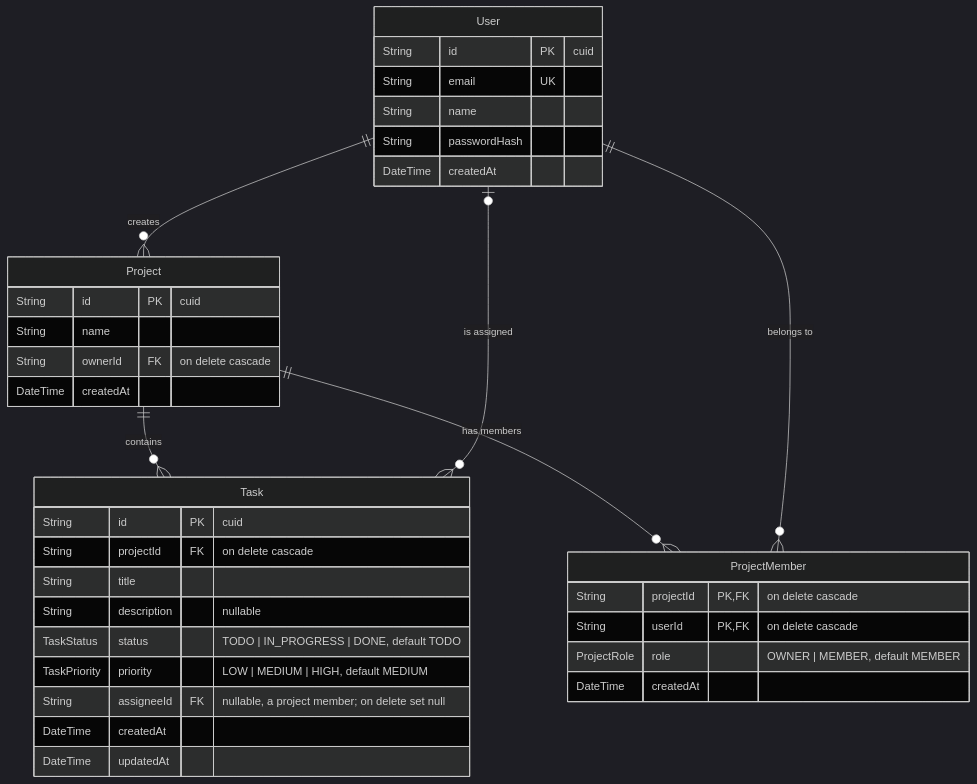
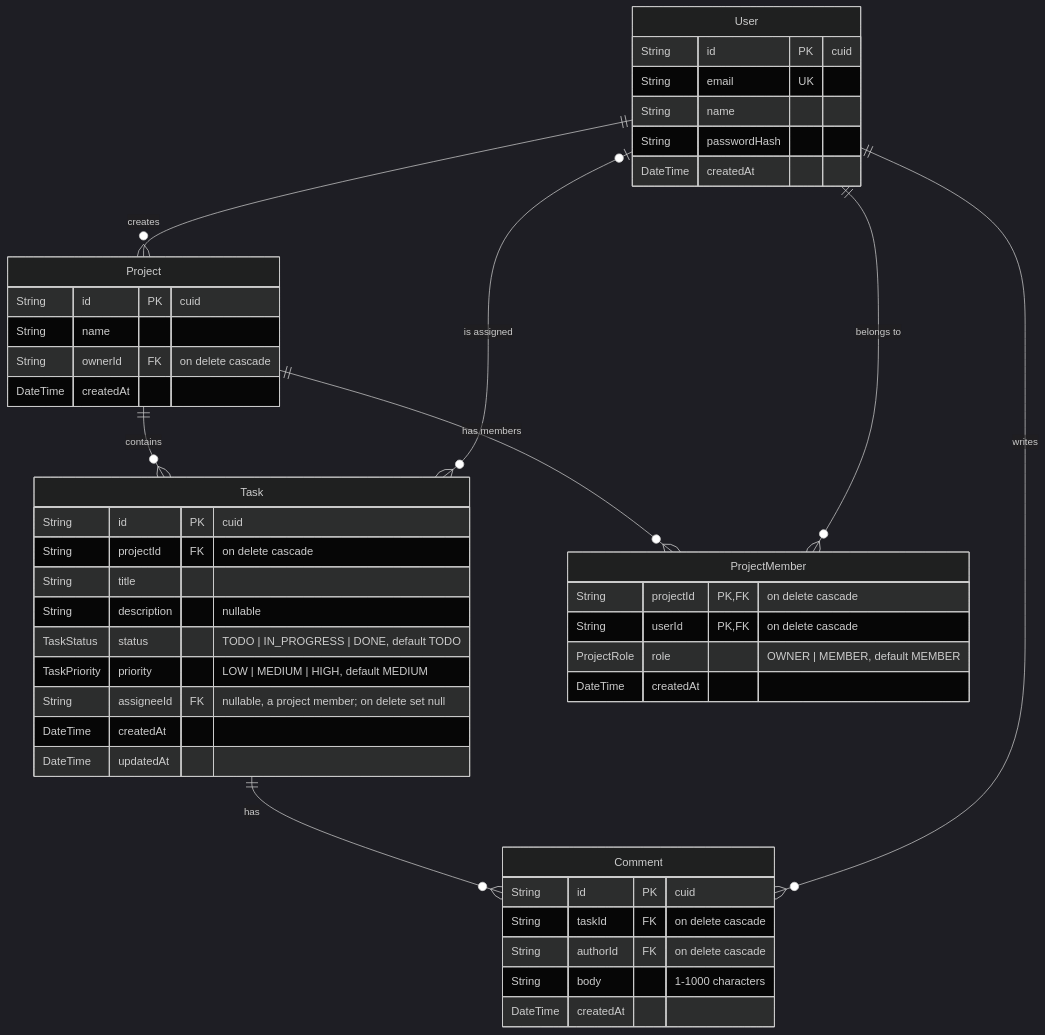
The fourth of 4 diagrams in docs/architecture.md (stone-coding/team-task-board-copilot), drawn with Mermaid (dark theme) before and after one commit. The commit also changed 5 other files, not shown here.

First line of the commit message:
docs(#53): document task comments in the PRD, ER diagram, DESIGN.md, README, and screenshots

````diff
--- a/docs/architecture.md
+++ b/docs/architecture.md
@@ -69,39 +69,48 @@
 ```mermaid
 erDiagram
   User ||--o{ Project : creates
   Project ||--o{ Task : contains
   Project ||--o{ ProjectMember : "has members"
   User ||--o{ ProjectMember : "belongs to"
   User |o--o{ Task : "is assigned"
+  Task ||--o{ Comment : has
+  User ||--o{ Comment : writes
 
   User {
     String id PK "cuid"
     String email UK
     String name
     String passwordHash
     DateTime createdAt
   }
   Project {
     String id PK "cuid"
     String name
     String ownerId FK "on delete cascade"
     DateTime createdAt
   }
   ProjectMember {
     String projectId PK,FK "on delete cascade"
     String userId PK,FK "on delete cascade"
     ProjectRole role "OWNER | MEMBER, default MEMBER"
     DateTime createdAt
   }
   Task {
     String id PK "cuid"
     String projectId FK "on delete cascade"
     String title
     String description "nullable"
     TaskStatus status "TODO | IN_PROGRESS | DONE, default TODO"
     TaskPriority priority "LOW | MEDIUM | HIGH, default MEDIUM"
     String assigneeId FK "nullable, a project member; on delete set null"
     DateTime createdAt
     DateTime updatedAt
   }
+  Comment {
+    String id PK "cuid"
+    String taskId FK "on delete cascade"
+    String authorId FK "on delete cascade"
+    String body "1-1000 characters"
+    DateTime createdAt
+  }
 ```
````
